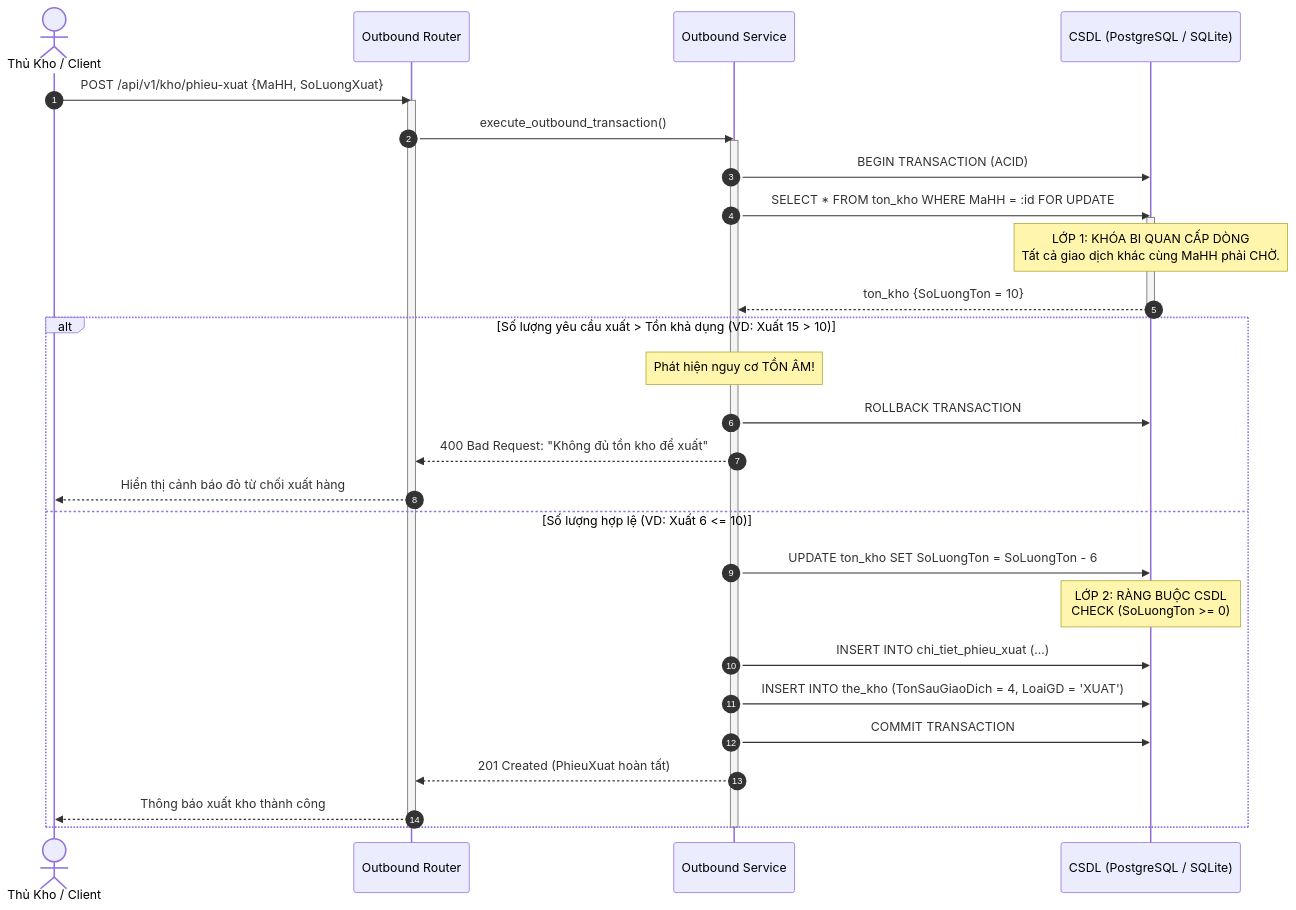
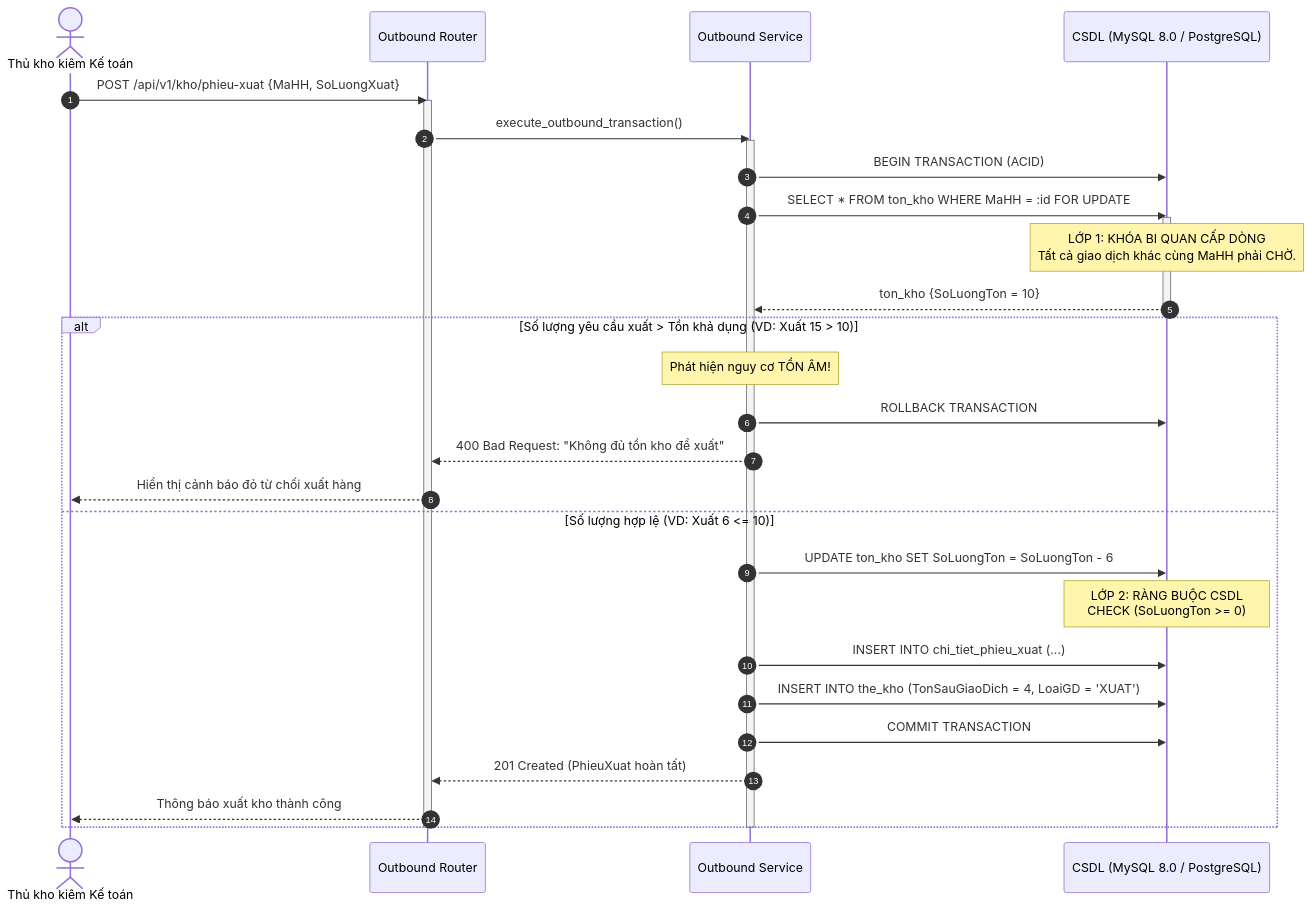
One commit to hungthanh12345/smartlogis-ai changed the third of 3 diagrams in docs/GIAI_DOAN_1_DESIGN.md. Above: the diagram before and after it, drawn with Mermaid. The commit also changed other lines of this file and 43 other files, not shown here.

Commit message:
feat: chuẩn hóa hệ thống SmartLogis-AI v2.0 - tích hợp MySQL 8.0, Gemini AI, vai trò Thủ kho kiêm Kế toán & cập nhật toàn bộ sơ đồ sạch vào HTD_NTH_KTPMK23A.docx

````diff
--- a/docs/GIAI_DOAN_1_DESIGN.md
+++ b/docs/GIAI_DOAN_1_DESIGN.md
@@ -170,38 +170,38 @@
 ```mermaid
 sequenceDiagram
     autonumber
-    actor Staff as Thủ Kho / Client
+    actor Staff as Thủ kho kiêm Kế toán
     participant Router as Outbound Router
     participant Service as Outbound Service
-    participant DB as CSDL (PostgreSQL / SQLite)
+    participant DB as CSDL (MySQL 8.0 / PostgreSQL)
 
     Staff ->> Router: POST /api/v1/kho/phieu-xuat {MaHH, SoLuongXuat}
     activate Router
     Router ->> Service: execute_outbound_transaction()
     activate Service
 
     Service ->> DB: BEGIN TRANSACTION (ACID)
     Service ->> DB: SELECT * FROM ton_kho WHERE MaHH = :id FOR UPDATE
     activate DB
     Note over DB: LỚP 1: KHÓA BI QUAN CẤP DÒNG<br/>Tất cả giao dịch khác cùng MaHH phải CHỜ.
     DB -->> Service: ton_kho {SoLuongTon = 10}
     deactivate DB
 
     alt Số lượng yêu cầu xuất > Tồn khả dụng (VD: Xuất 15 > 10)
         Note over Service: Phát hiện nguy cơ TỒN ÂM!
         Service ->> DB: ROLLBACK TRANSACTION
         Service -->> Router: 400 Bad Request: "Không đủ tồn kho để xuất"
         Router -->> Staff: Hiển thị cảnh báo đỏ từ chối xuất hàng
     else Số lượng hợp lệ (VD: Xuất 6 <= 10)
         Service ->> DB: UPDATE ton_kho SET SoLuongTon = SoLuongTon - 6
         Note over DB: LỚP 2: RÀNG BUỘC CSDL<br/>CHECK (SoLuongTon >= 0)
         Service ->> DB: INSERT INTO chi_tiet_phieu_xuat (...)
         Service ->> DB: INSERT INTO the_kho (TonSauGiaoDich = 4, LoaiGD = 'XUAT')
         Service ->> DB: COMMIT TRANSACTION
         Service -->> Router: 201 Created (PhieuXuat hoàn tất)
         Router -->> Staff: Thông báo xuất kho thành công
     end
 
     deactivate Service
     deactivate Router
 ```
````
